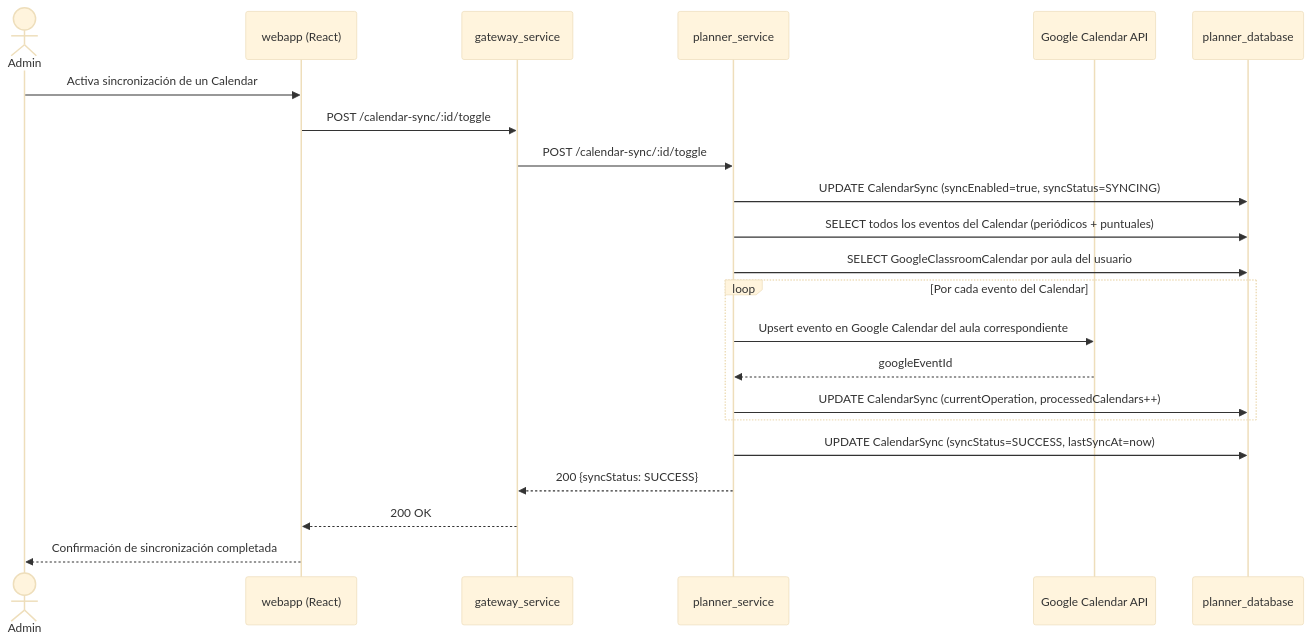
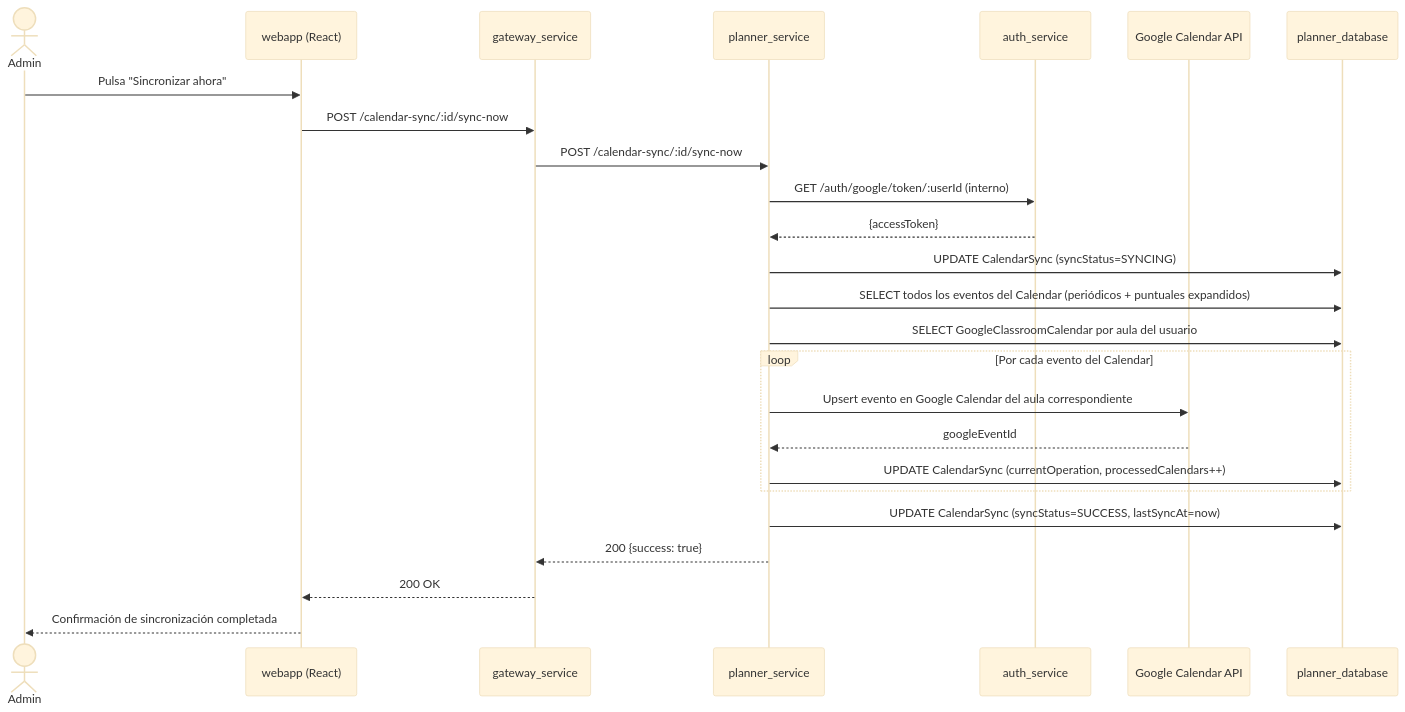
The tenth of 10 diagrams in docs/capitulo5_diseno.md (Murias10/TeachingPlanner), drawn with Mermaid (base theme) before and after one commit. The commit also changed other lines of this file and 1 other file, not shown here.

````diff
--- a/docs/capitulo5_diseno.md
+++ b/docs/capitulo5_diseno.md
@@ -798,25 +858,28 @@
 ```mermaid
 sequenceDiagram
     actor Admin
     participant webapp as webapp (React)
     participant gateway as gateway_service
     participant planner as planner_service
+    participant auth as auth_service
     participant google as Google Calendar API
     participant db as planner_database
 
-    Admin->>webapp: Activa sincronización de un Calendar
-    webapp->>gateway: POST /calendar-sync/:id/toggle
-    gateway->>planner: POST /calendar-sync/:id/toggle
-    planner->>db: UPDATE CalendarSync (syncEnabled=true, syncStatus=SYNCING)
-    planner->>db: SELECT todos los eventos del Calendar (periódicos + puntuales)
+    Admin->>webapp: Pulsa "Sincronizar ahora"
+    webapp->>gateway: POST /calendar-sync/:id/sync-now
+    gateway->>planner: POST /calendar-sync/:id/sync-now
+    planner->>auth: GET /auth/google/token/:userId (interno)
+    auth-->>planner: {accessToken}
+    planner->>db: UPDATE CalendarSync (syncStatus=SYNCING)
+    planner->>db: SELECT todos los eventos del Calendar (periódicos + puntuales expandidos)
     planner->>db: SELECT GoogleClassroomCalendar por aula del usuario
     loop Por cada evento del Calendar
         planner->>google: Upsert evento en Google Calendar del aula correspondiente
         google-->>planner: googleEventId
         planner->>db: UPDATE CalendarSync (currentOperation, processedCalendars++)
     end
     planner->>db: UPDATE CalendarSync (syncStatus=SUCCESS, lastSyncAt=now)
-    planner-->>gateway: 200 {syncStatus: SUCCESS}
+    planner-->>gateway: 200 {success: true}
     gateway-->>webapp: 200 OK
     webapp-->>Admin: Confirmación de sincronización completada
 ```
````
